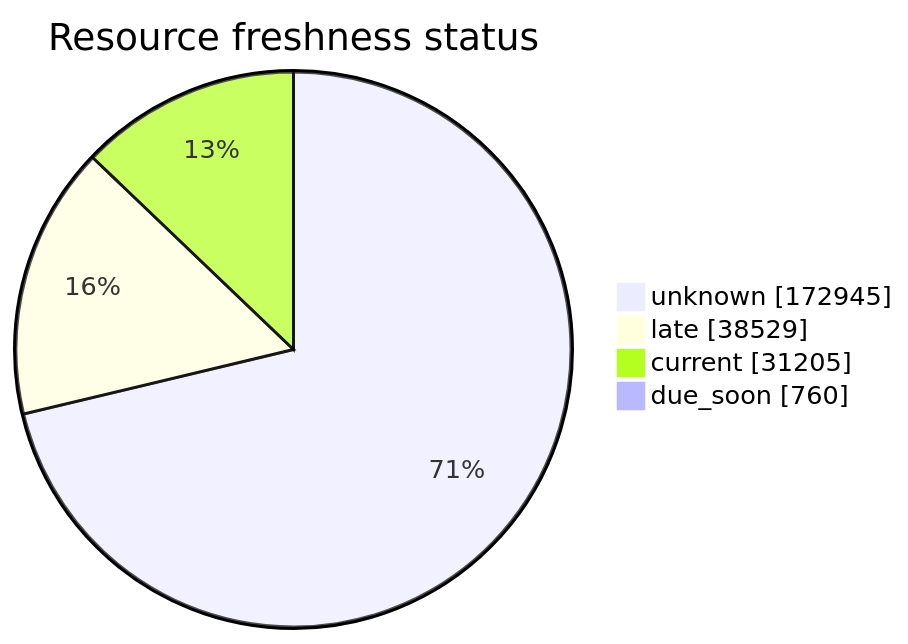
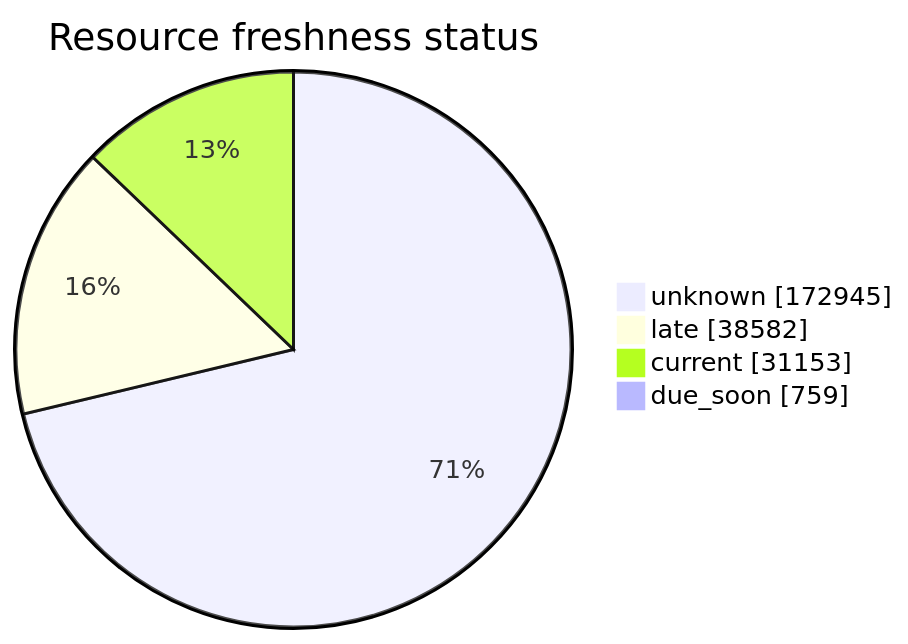
One commit to open-data/analytics-corporate-reporting changed the third of 5 diagrams in FreshCheck/README.md. Above: the diagram before and after it, drawn with Mermaid. The commit also changed other lines of this file and 3 other files, not shown here.

````diff
--- a/FreshCheck/README.md
+++ b/FreshCheck/README.md
@@ -77,7 +77,7 @@
 ```mermaid
 pie showData title Resource freshness status
     "unknown": 172945
-    "late": 38529
-    "current": 31205
-    "due_soon": 760
+    "late": 38582
+    "current": 31153
+    "due_soon": 759
 ```
````
